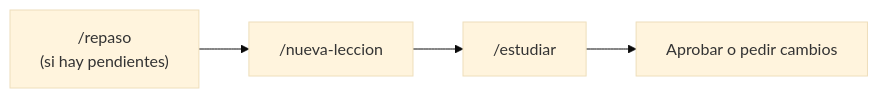
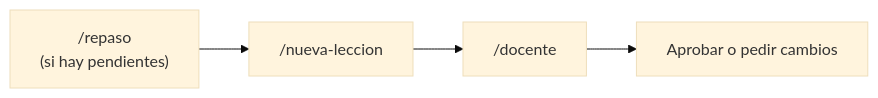
One commit to CristinaChaconSanta/aura-ai-academy changed the diagram in docs/como-usar.md. Above: the diagram before and after it, drawn with Mermaid (base theme). The commit also changed other lines of this file and 21 other files, not shown here.

````diff
--- a/docs/como-usar.md
+++ b/docs/como-usar.md
@@ -17,6 +22,6 @@
 ```mermaid
 flowchart LR
   A["/repaso<br>(si hay pendientes)"] --> B["/nueva-leccion"]
-  B --> C["/estudiar"]
+  B --> C["/docente"]
   C --> D[Aprobar o pedir cambios]
 ```
````
